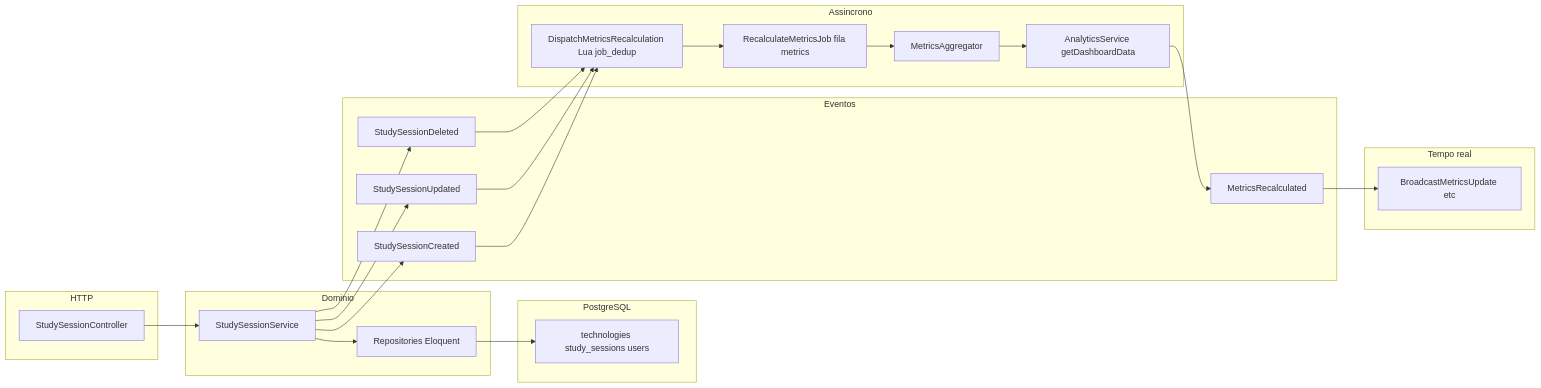
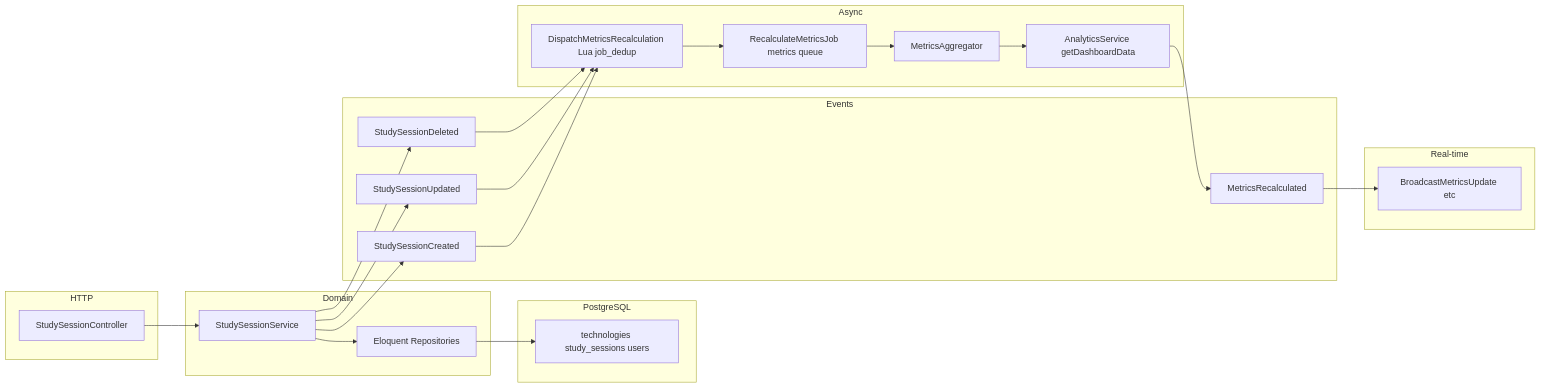
One commit to hatanaca/studyStackPro changed the diagram in docs/technical/RESUMO_ARQUITETURAL_STUDYTRACK_PRO.md. Above: the diagram before and after it, drawn with Mermaid. The commit also changed other lines of this file and 308 other files, not shown here.

````diff
--- a/docs/technical/RESUMO_ARQUITETURAL_STUDYTRACK_PRO.md
+++ b/docs/technical/RESUMO_ARQUITETURAL_STUDYTRACK_PRO.md
@@ -71,40 +69,40 @@
 ```mermaid
 flowchart LR
   subgraph http [HTTP]
     C[StudySessionController]
   end
-  subgraph domain [Dominio]
+  subgraph domain [Domain]
     S[StudySessionService]
-    R[Repositories Eloquent]
+    R[Eloquent Repositories]
   end
   subgraph pg [PostgreSQL]
     T[technologies study_sessions users]
   end
-  subgraph events [Eventos]
+  subgraph events [Events]
     EC[StudySessionCreated]
     EU[StudySessionUpdated]
     ED[StudySessionDeleted]
     MR[MetricsRecalculated]
   end
-  subgraph async [Assincrono]
+  subgraph async [Async]
     L[DispatchMetricsRecalculation Lua job_dedup]
-    J[RecalculateMetricsJob fila metrics]
+    J[RecalculateMetricsJob metrics queue]
     Agg[MetricsAggregator]
     Ana[AnalyticsService getDashboardData]
   end
-  subgraph realtime [Tempo real]
+  subgraph realtime [Real-time]
     BC[BroadcastMetricsUpdate etc]
   end
   C --> S --> R --> T
   S --> EC
   S --> EU
   S --> ED
   EC --> L
   EU --> L
   ED --> L
   L --> J
   J --> Agg
   Agg --> Ana
   Ana --> MR
   MR --> BC
 ```
````
